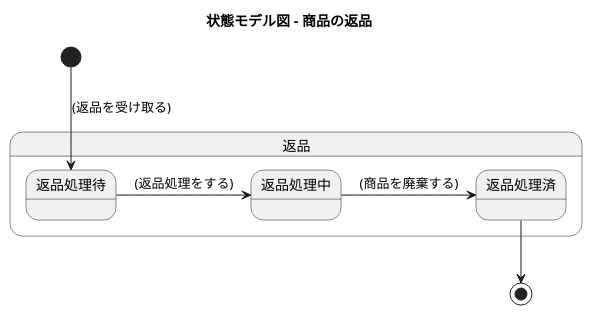
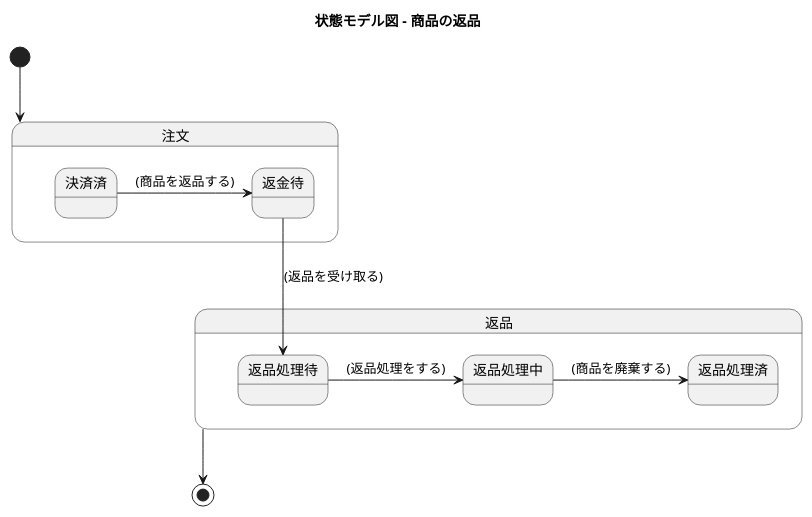
Before and after one commit to k2works/application_programing_excercise_2022: diagram 41 of 49 in docs/index.adoc, drawn with PlantUML. The commit also changed other lines of this file, not shown here.

```diff
--- a/docs/index.adoc
+++ b/docs/index.adoc
@@ -1348,19 +1356,26 @@
 [plantuml]
 ----
 @startuml
 
 title 状態モデル図 - 商品の返品
+
+state 注文 {
+state 決済済
+state 返金待
+}
 
 state 返品 {
 state 返品処理待
 state 返品処理中
 state 返品処理済
 }
 
-[*] --> 返品処理待: (返品を受け取る)
+[*] --> 注文
+決済済 -> 返金待 : (商品を返品する)
+返金待 --> 返品処理待: (返品を受け取る)
 返品処理待 -> 返品処理中: (返品処理をする)
 返品処理中 -> 返品処理済: (商品を廃棄する)
-返品処理済 --> [*]
+返品 --> [*]
 
 @enduml
 ----
```
